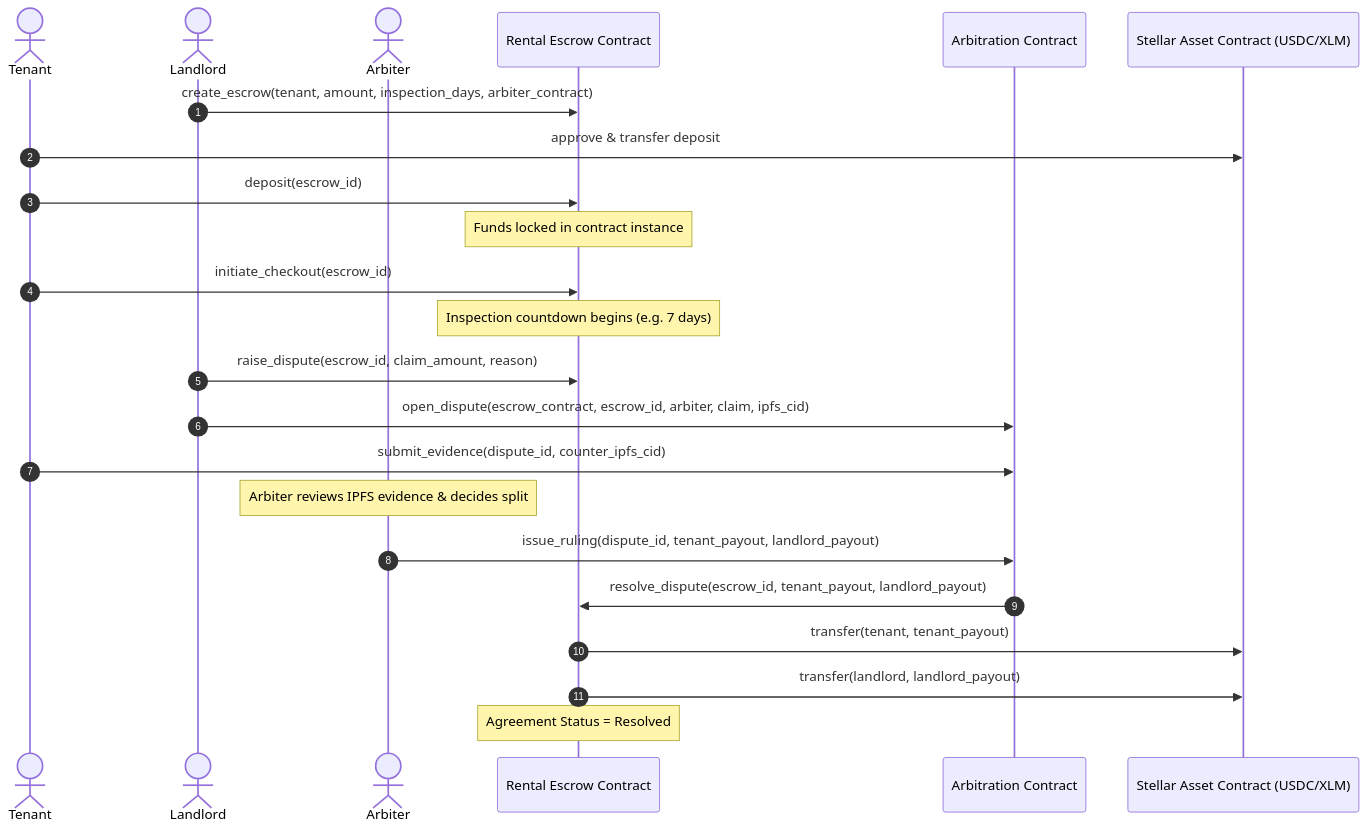
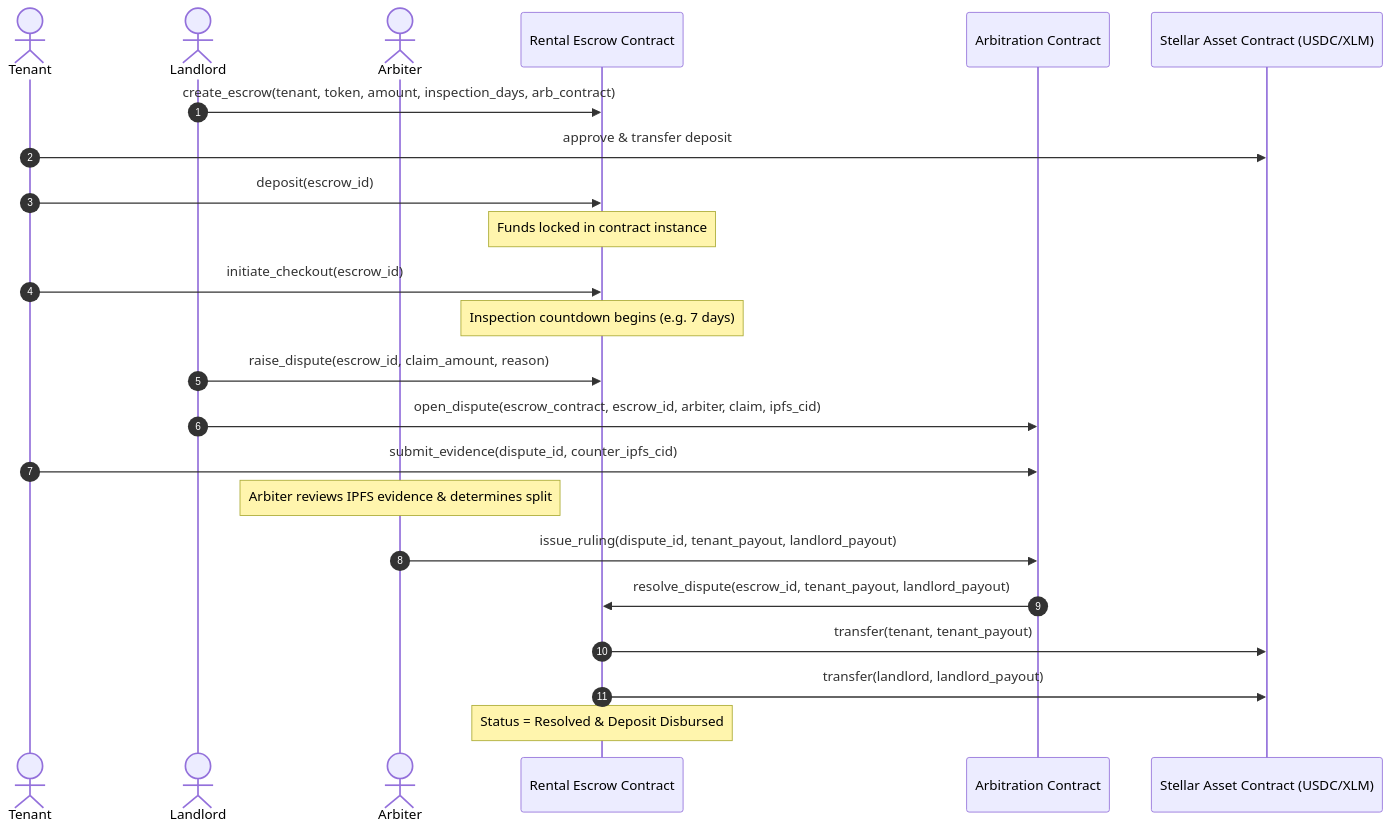
One commit to shivang-tech-3/rental-deposit-escrow changed the second of 2 diagrams in README.md. Above: the diagram before and after it, drawn with Mermaid. The commit also changed other lines of this file and 1 other file, not shown here.

````diff
--- a/README.md
+++ b/README.md
@@ -114,29 +142,29 @@
 ```mermaid
 sequenceDiagram
     autonumber
     actor Tenant
     actor Landlord
     actor Arbiter
     participant Escrow as Rental Escrow Contract
     participant Arb as Arbitration Contract
     participant Token as Stellar Asset Contract (USDC/XLM)
 
-    Landlord->>Escrow: create_escrow(tenant, amount, inspection_days, arbiter_contract)
+    Landlord->>Escrow: create_escrow(tenant, token, amount, inspection_days, arb_contract)
     Tenant->>Token: approve & transfer deposit
     Tenant->>Escrow: deposit(escrow_id)
     Note over Escrow: Funds locked in contract instance
-    
+
     Tenant->>Escrow: initiate_checkout(escrow_id)
     Note over Escrow: Inspection countdown begins (e.g. 7 days)
-    
+
     Landlord->>Escrow: raise_dispute(escrow_id, claim_amount, reason)
     Landlord->>Arb: open_dispute(escrow_contract, escrow_id, arbiter, claim, ipfs_cid)
     Tenant->>Arb: submit_evidence(dispute_id, counter_ipfs_cid)
-    
-    Note over Arbiter: Arbiter reviews IPFS evidence & decides split
+
+    Note over Arbiter: Arbiter reviews IPFS evidence & determines split
     Arbiter->>Arb: issue_ruling(dispute_id, tenant_payout, landlord_payout)
     Arb->>Escrow: resolve_dispute(escrow_id, tenant_payout, landlord_payout)
     Escrow->>Token: transfer(tenant, tenant_payout)
     Escrow->>Token: transfer(landlord, landlord_payout)
-    Note over Escrow: Agreement Status = Resolved
+    Note over Escrow: Status = Resolved & Deposit Disbursed
 ```
````
